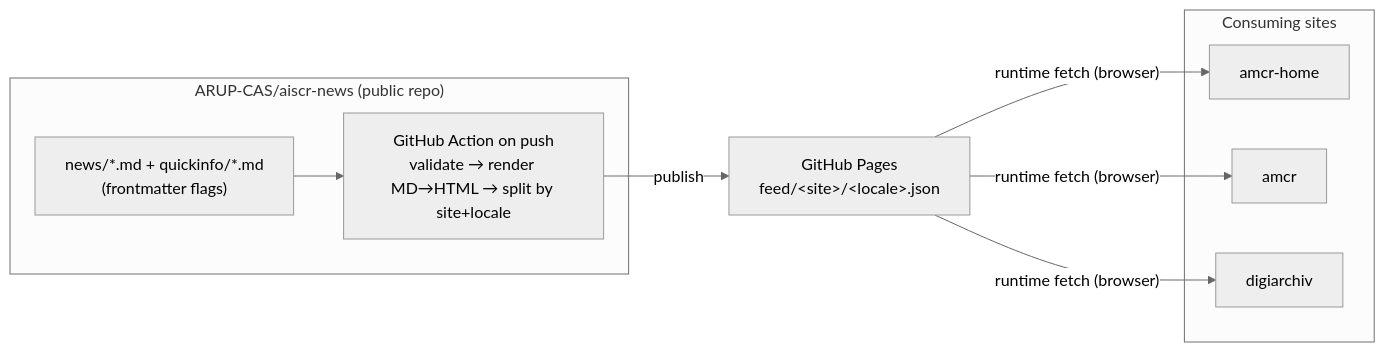
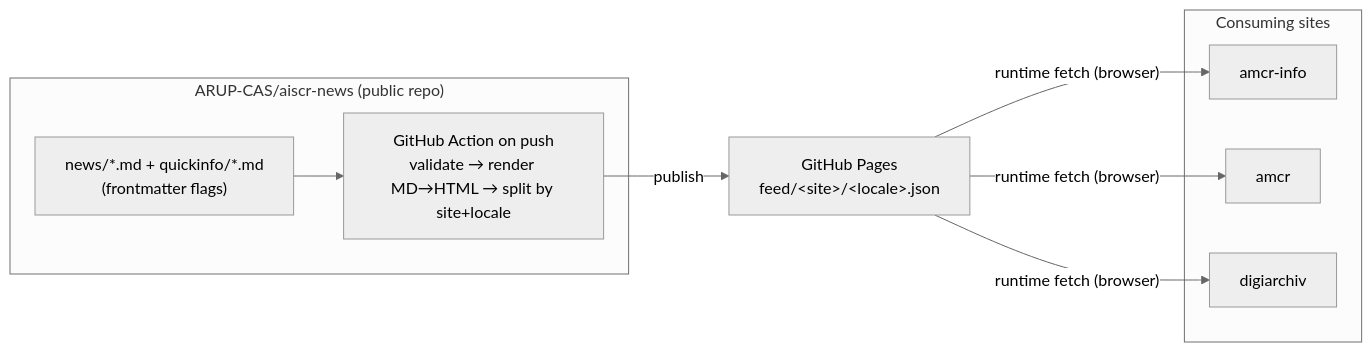
The diagram in docs/proposals/shared-aktuality-feed.md (ARUP-CAS/aiscr-amcr-home), drawn with Mermaid (neutral theme) before and after one commit. The commit also changed other lines of this file, not shown here.

````diff
--- a/docs/proposals/shared-aktuality-feed.md
+++ b/docs/proposals/shared-aktuality-feed.md
@@ -40,19 +40,19 @@
 ```mermaid
 flowchart LR
     subgraph content["ARUP-CAS/aiscr-news (public repo)"]
         md["news/*.md + quickinfo/*.md<br/>(frontmatter flags)"]
         ci["GitHub Action on push<br/>validate → render MD→HTML → split by site+locale"]
         md --> ci
     end
     ci -->|publish| pages["GitHub Pages<br/>feed/&lt;site&gt;/&lt;locale&gt;.json"]
 
     subgraph consumers["Consuming sites"]
-        a["amcr-home"]
+        a["amcr-info"]
         b["amcr"]
         c["digiarchiv"]
     end
 
     pages -->|"runtime fetch (browser)"| a
     pages -->|"runtime fetch (browser)"| b
     pages -->|"runtime fetch (browser)"| c
 ```
````
